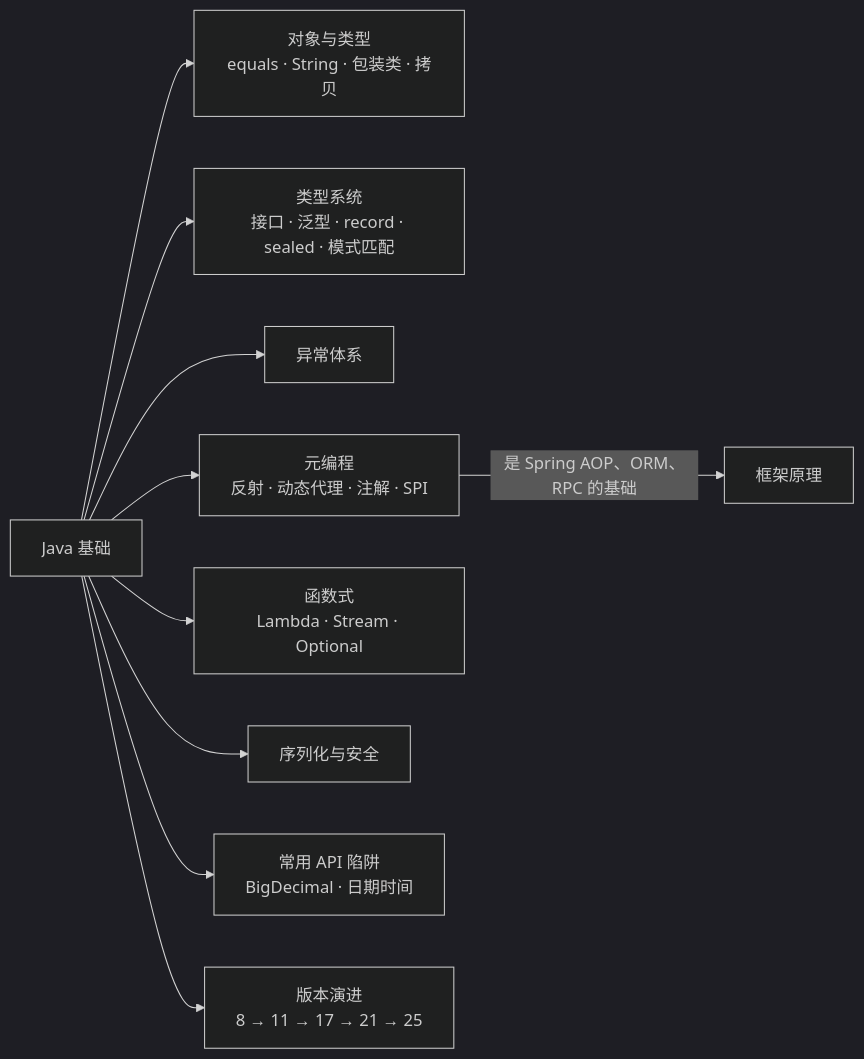
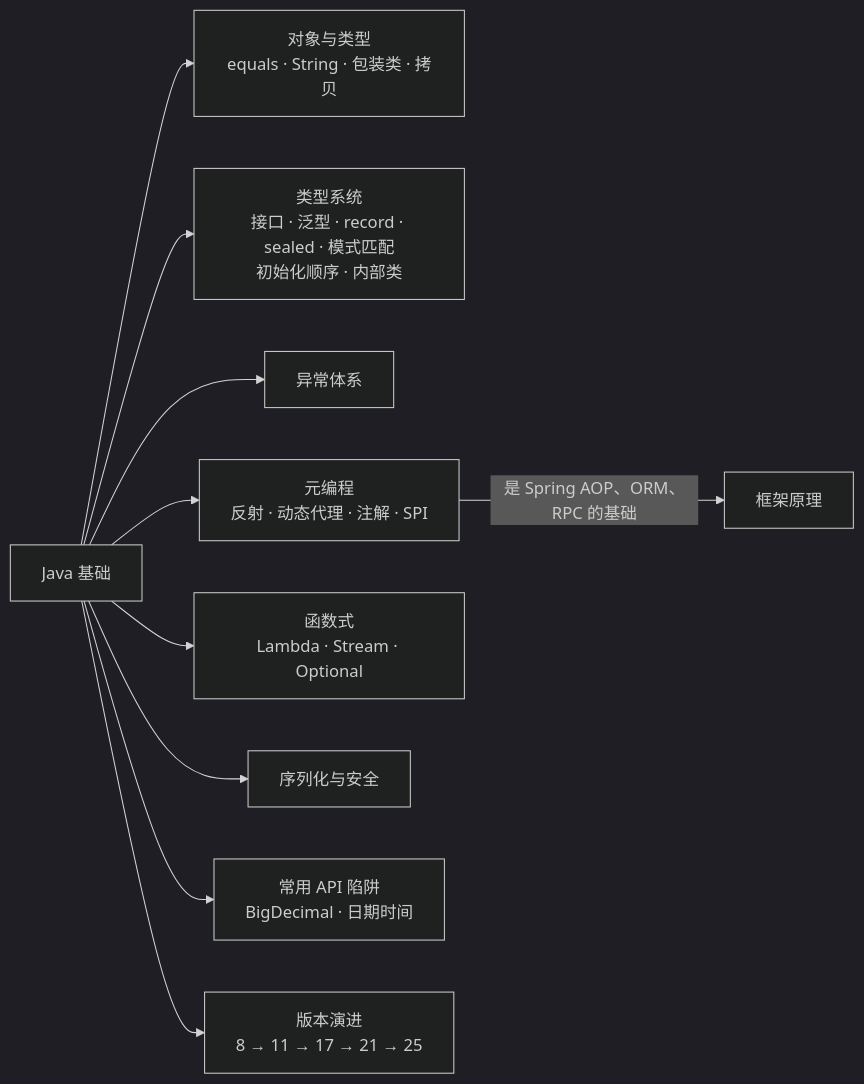
The first of 17 diagrams in 01-Java核心/01-Java基础.md (liulangjietou/interview), drawn with Mermaid (dark theme) before and after one commit. The commit also changed other lines of this file and 4 other files, not shown here.

````diff
--- a/01-Java核心/01-Java基础.md
+++ b/01-Java核心/01-Java基础.md
@@ -10,12 +10,12 @@
 ```mermaid
 flowchart LR
     ROOT["Java 基础"] --> OBJ["对象与类型<br/>equals · String · 包装类 · 拷贝"]
-    ROOT --> OOP["类型系统<br/>接口 · 泛型 · record · sealed · 模式匹配"]
+    ROOT --> OOP["类型系统<br/>接口 · 泛型 · record · sealed · 模式匹配<br/>初始化顺序 · 内部类"]
     ROOT --> EXC["异常体系"]
     ROOT --> META["元编程<br/>反射 · 动态代理 · 注解 · SPI"]
     ROOT --> FP["函数式<br/>Lambda · Stream · Optional"]
     ROOT --> SER["序列化与安全"]
     ROOT --> API["常用 API 陷阱<br/>BigDecimal · 日期时间"]
     ROOT --> VER["版本演进<br/>8 → 11 → 17 → 21 → 25"]
     META -->|"是 Spring AOP、ORM、RPC 的基础"| FRAME["框架原理"]
 ```
````
